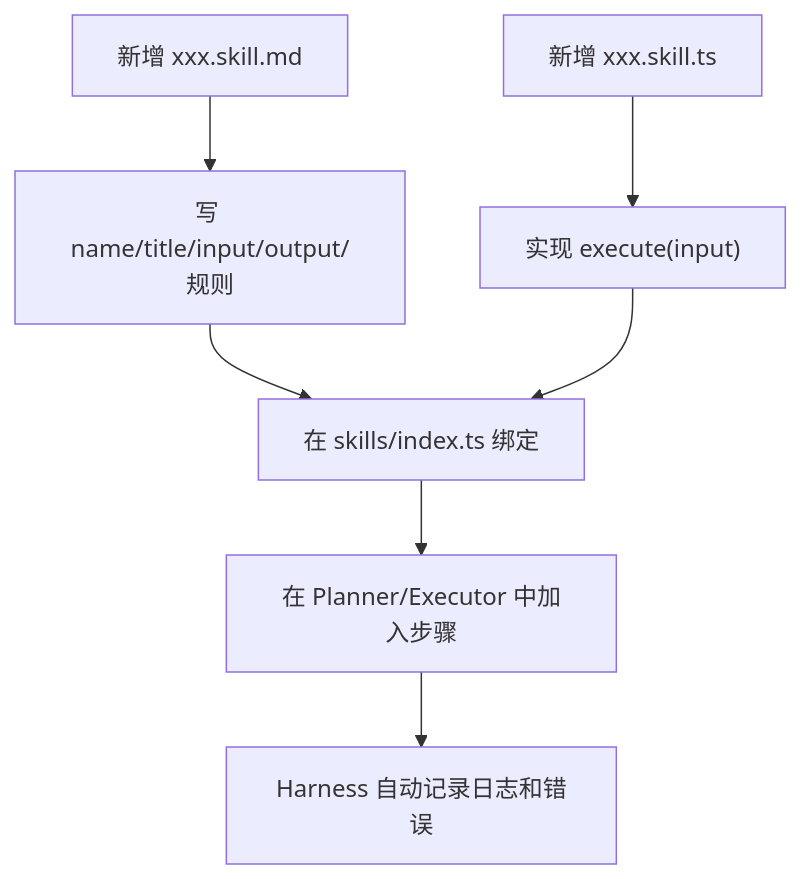
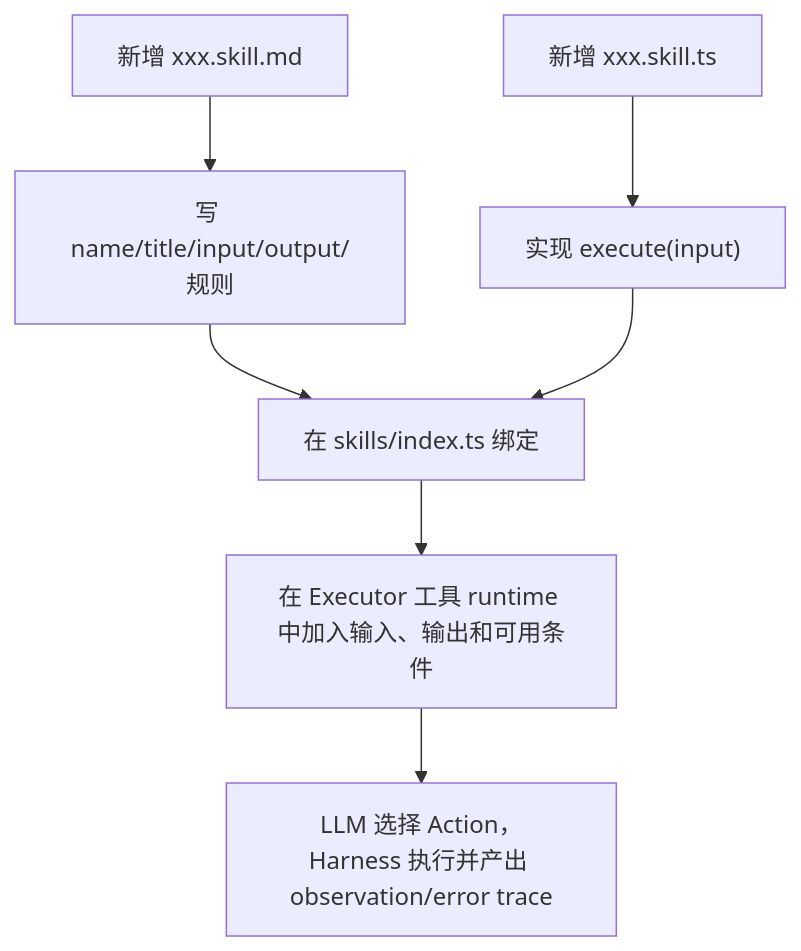
One commit to YinL04/Daily-tasks-Agent-assistant changed diagram 12 of 16 in docs/AGENT_ENGINEERING.md. Above: the diagram before and after it, drawn with Mermaid. The commit also changed other lines of this file and 18 other files, not shown here.

````diff
--- a/docs/AGENT_ENGINEERING.md
+++ b/docs/AGENT_ENGINEERING.md
@@ -564,9 +618,9 @@
 ```mermaid
 flowchart TD
   A["新增 xxx.skill.md"] --> B["写 name/title/input/output/规则"]
   C["新增 xxx.skill.ts"] --> D["实现 execute(input)"]
   B --> E["在 skills/index.ts 绑定"]
   D --> E
-  E --> F["在 Planner/Executor 中加入步骤"]
-  F --> G["Harness 自动记录日志和错误"]
+  E --> F["在 Executor 工具 runtime 中加入输入、输出和可用条件"]
+  F --> G["LLM 选择 Action，Harness 执行并产出 observation/error trace"]
 ```
````
